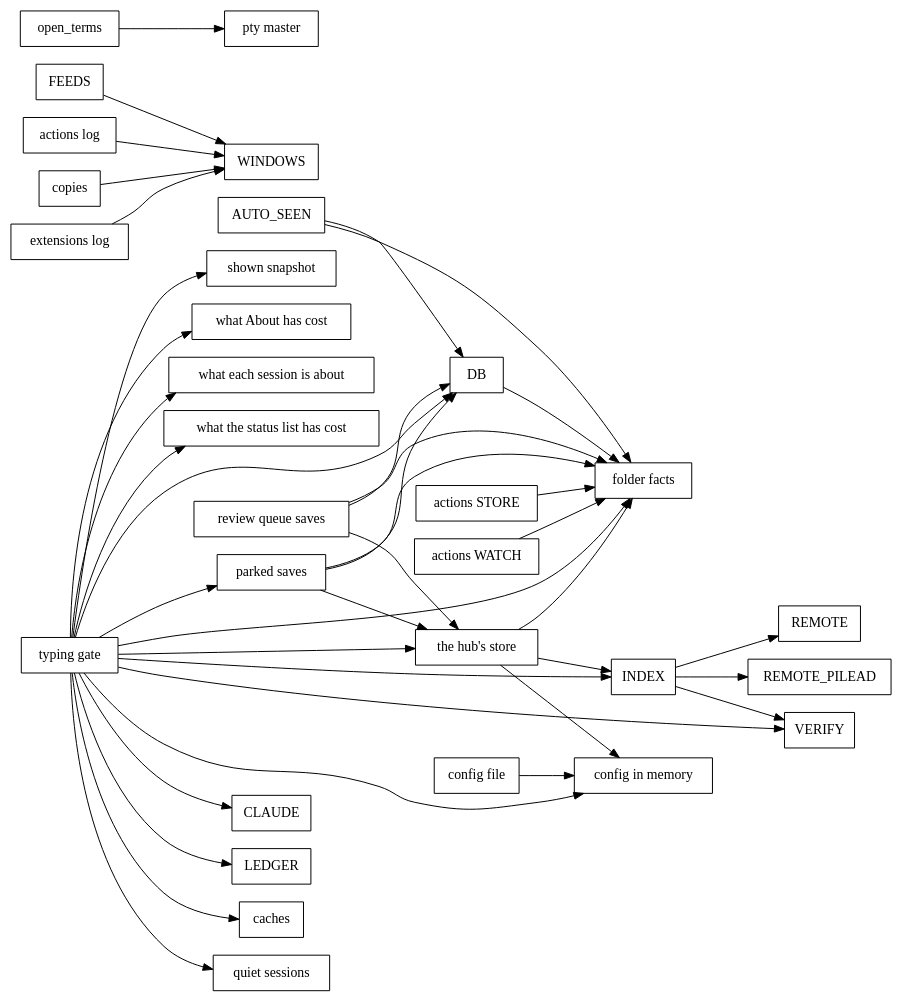
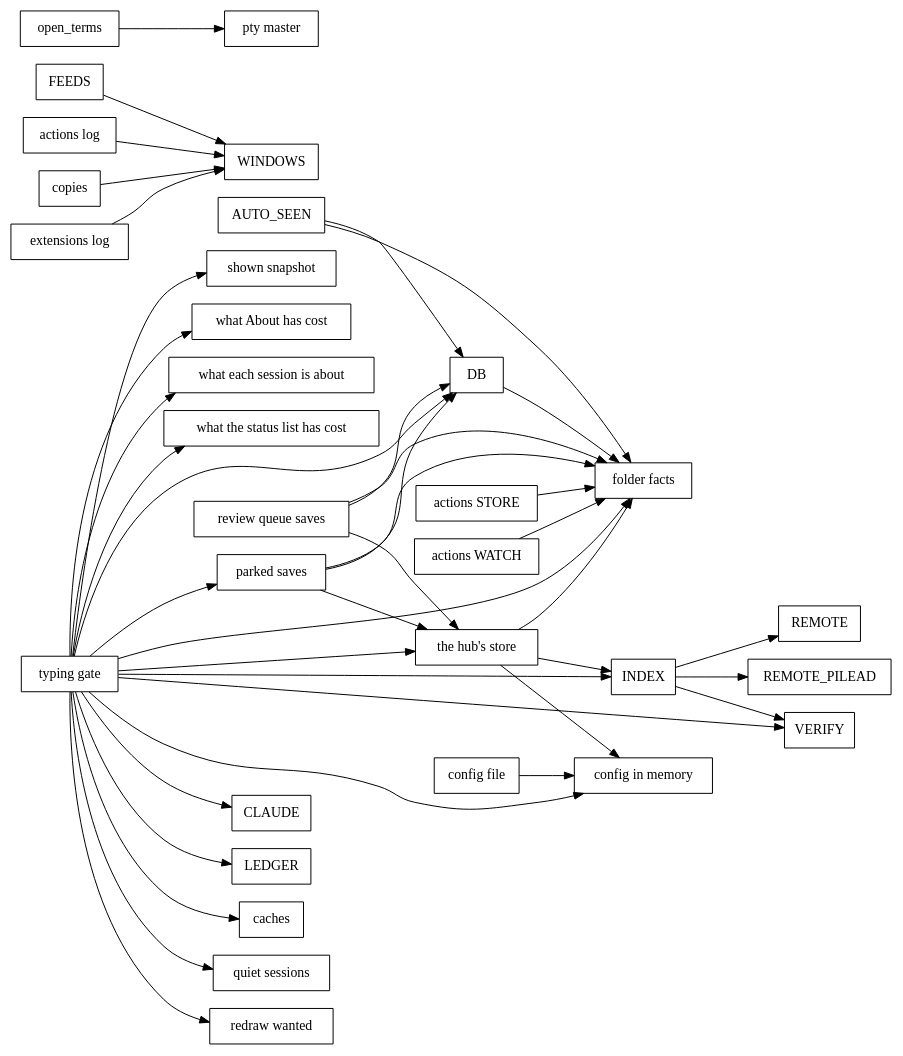
Before and after one commit to spacegrowth/cue: the diagram in docs/dev/lock-graph.dot, drawn with Graphviz. The commit also changed 8 other files, not shown here.

```diff
--- a/docs/dev/lock-graph.dot
+++ b/docs/dev/lock-graph.dot
@@ -1,43 +1,44 @@
 // Generated by `cargo run -p xtask -- inventory`; don't edit by hand.
 digraph locks {
   rankdir=LR;
   node [shape=box];
   "AUTO_SEEN" -> "DB";
   "AUTO_SEEN" -> "folder facts";
   "DB" -> "folder facts";
   "FEEDS" -> "WINDOWS";
   "INDEX" -> "REMOTE";
   "INDEX" -> "REMOTE_PILEAD";
   "INDEX" -> "VERIFY";
   "actions STORE" -> "folder facts";
   "actions WATCH" -> "folder facts";
   "actions log" -> "WINDOWS";
   "config file" -> "config in memory";
   "copies" -> "WINDOWS";
   "extensions log" -> "WINDOWS";
   "open_terms" -> "pty master";
   "parked saves" -> "DB";
   "parked saves" -> "folder facts";
   "parked saves" -> "the hub's store";
   "review queue saves" -> "DB";
   "review queue saves" -> "folder facts";
   "review queue saves" -> "the hub's store";
   "the hub's store" -> "INDEX";
   "the hub's store" -> "config in memory";
   "the hub's store" -> "folder facts";
   "typing gate" -> "CLAUDE";
   "typing gate" -> "DB";
   "typing gate" -> "INDEX";
   "typing gate" -> "LEDGER";
   "typing gate" -> "VERIFY";
   "typing gate" -> "caches";
   "typing gate" -> "config in memory";
   "typing gate" -> "folder facts";
   "typing gate" -> "parked saves";
   "typing gate" -> "quiet sessions";
+  "typing gate" -> "redraw wanted";
   "typing gate" -> "shown snapshot";
   "typing gate" -> "the hub's store";
   "typing gate" -> "what About has cost";
   "typing gate" -> "what each session is about";
   "typing gate" -> "what the status list has cost";
 }
```
